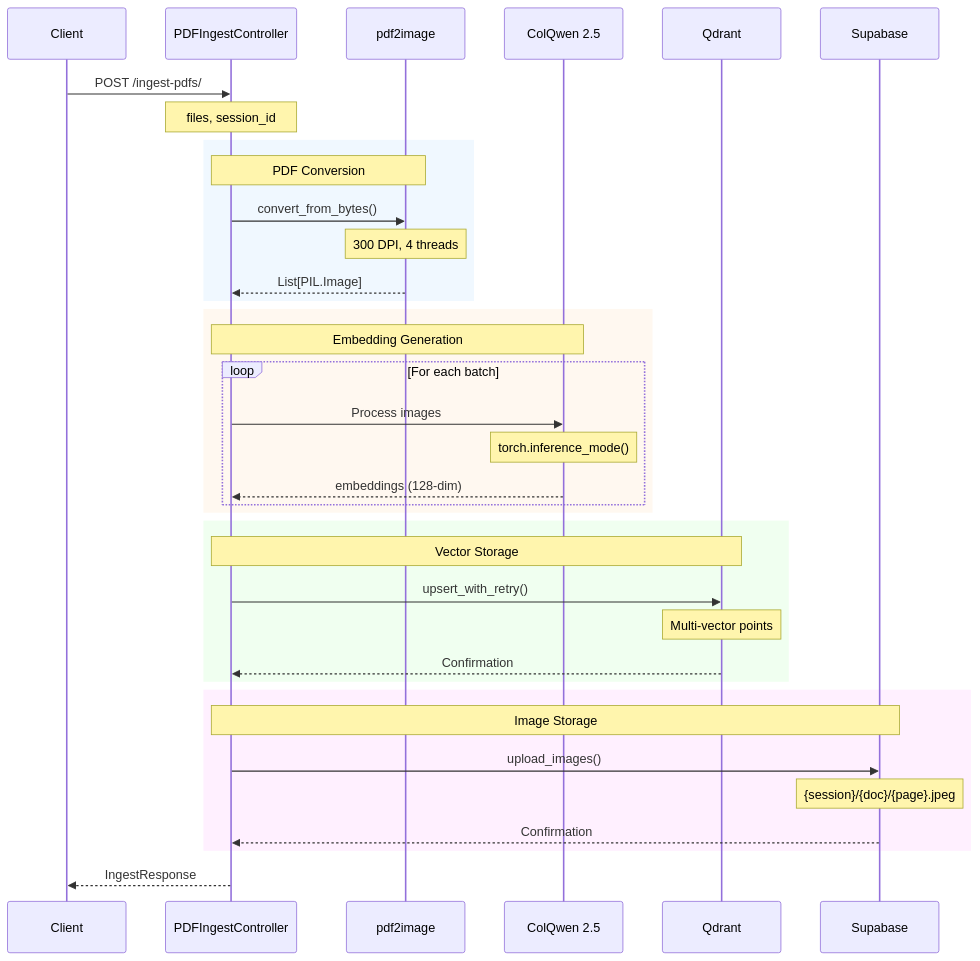
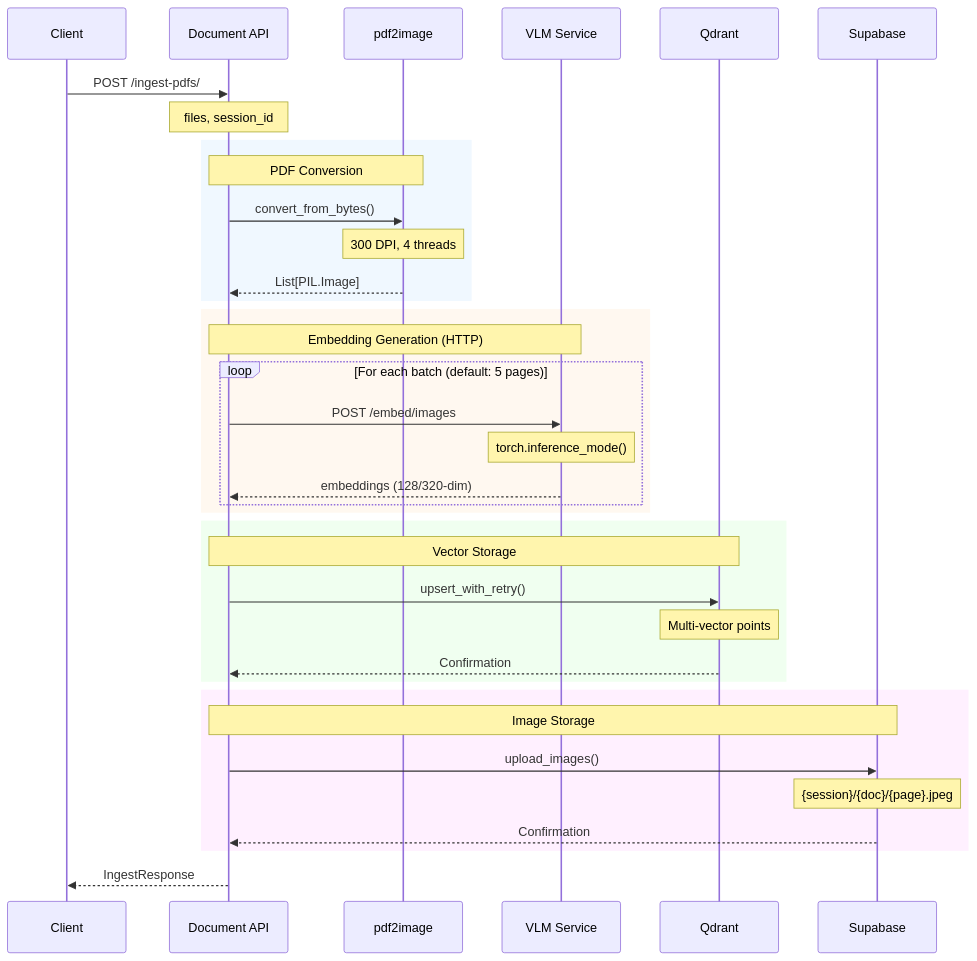
Before and after one commit to akosgintl/colpali-rag-app: the second of 10 diagrams in docs/data-flow.md, drawn with Mermaid. The commit also changed other lines of this file and 84 other files, not shown here.

Commit message:
refactored to document-api and colpali-vlm projects

````diff
--- a/docs/data-flow.md
+++ b/docs/data-flow.md
@@ -44,44 +56,44 @@
 ```mermaid
 sequenceDiagram
     participant Client
-    participant Controller as PDFIngestController
+    participant API as Document API
     participant PDF2Image as pdf2image
-    participant ColQwen as ColQwen 2.5
+    participant VLM as VLM Service
     participant Qdrant
     participant Supabase
 
-    Client->>Controller: POST /ingest-pdfs/
-    Note over Controller: files, session_id
+    Client->>API: POST /ingest-pdfs/
+    Note over API: files, session_id
 
     rect rgb(240, 248, 255)
-        Note over Controller,PDF2Image: PDF Conversion
-        Controller->>PDF2Image: convert_from_bytes()
+        Note over API,PDF2Image: PDF Conversion
+        API->>PDF2Image: convert_from_bytes()
         Note over PDF2Image: 300 DPI, 4 threads
-        PDF2Image-->>Controller: List[PIL.Image]
+        PDF2Image-->>API: List[PIL.Image]
     end
 
     rect rgb(255, 248, 240)
-        Note over Controller,ColQwen: Embedding Generation
-        loop For each batch
-            Controller->>ColQwen: Process images
-            Note over ColQwen: torch.inference_mode()
-            ColQwen-->>Controller: embeddings (128-dim)
+        Note over API,VLM: Embedding Generation (HTTP)
+        loop For each batch (default: 5 pages)
+            API->>VLM: POST /embed/images
+            Note over VLM: torch.inference_mode()
+            VLM-->>API: embeddings (128/320-dim)
         end
     end
 
     rect rgb(240, 255, 240)
-        Note over Controller,Qdrant: Vector Storage
-        Controller->>Qdrant: upsert_with_retry()
+        Note over API,Qdrant: Vector Storage
+        API->>Qdrant: upsert_with_retry()
         Note over Qdrant: Multi-vector points
-        Qdrant-->>Controller: Confirmation
+        Qdrant-->>API: Confirmation
     end
 
     rect rgb(255, 240, 255)
-        Note over Controller,Supabase: Image Storage
-        Controller->>Supabase: upload_images()
+        Note over API,Supabase: Image Storage
+        API->>Supabase: upload_images()
         Note over Supabase: {session}/{doc}/{page}.jpeg
-        Supabase-->>Controller: Confirmation
+        Supabase-->>API: Confirmation
     end
 
-    Controller-->>Client: IngestResponse
+    API-->>Client: IngestResponse
 ```
````
